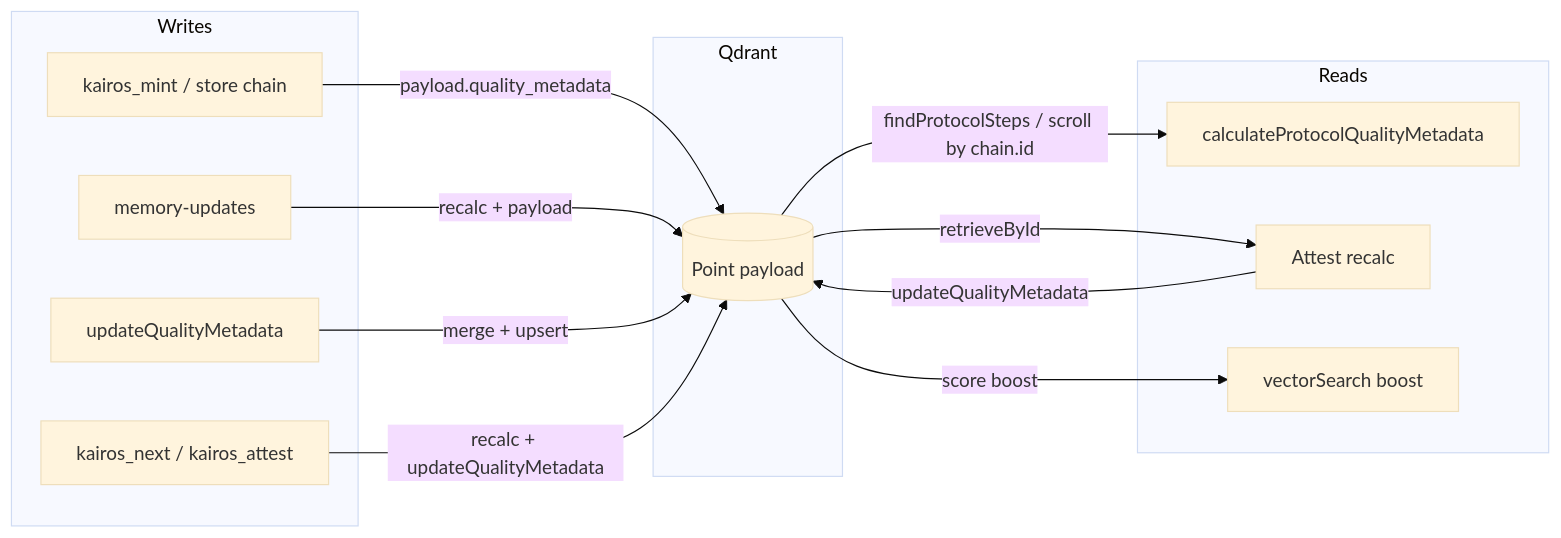
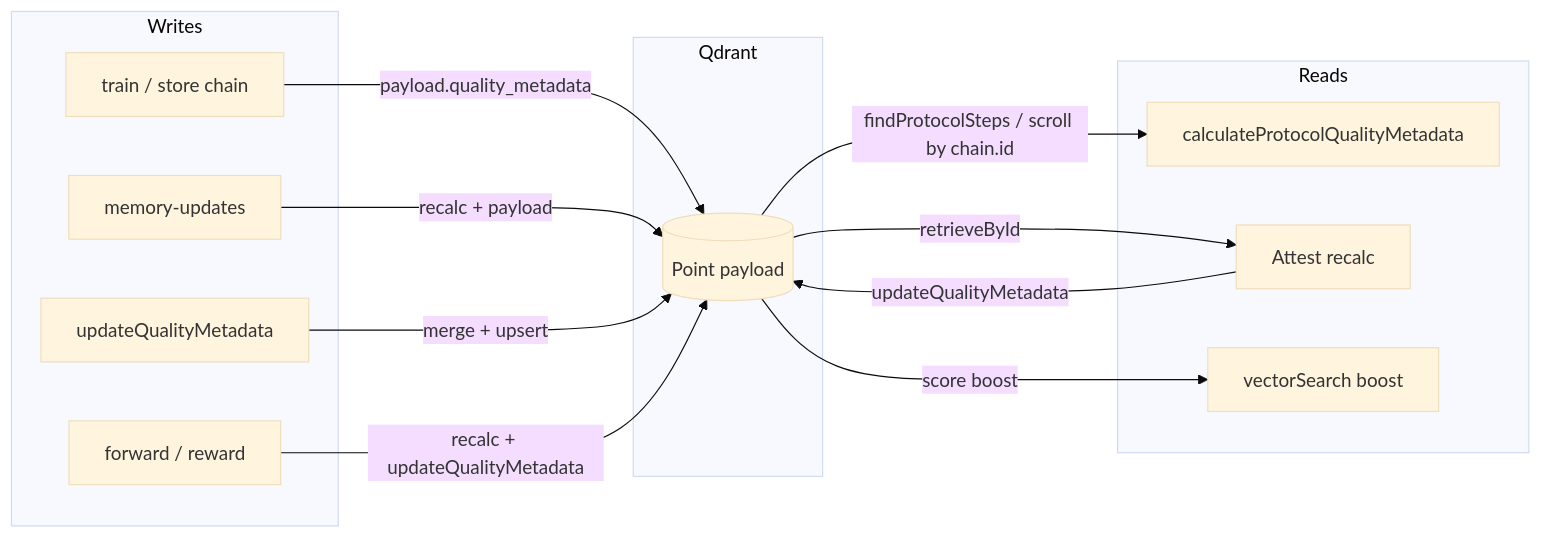
Before and after one commit to debian777/kairos-mcp: the diagram in docs/architecture/quality-metadata.md, drawn with Mermaid (base theme). The commit also changed other lines of this file and 54 other files, not shown here.

````diff
--- a/docs/architecture/quality-metadata.md
+++ b/docs/architecture/quality-metadata.md
@@ -179,29 +179,29 @@
 ```mermaid
 flowchart LR
   subgraph writes["Writes"]
-    A[kairos_mint / store chain]
+    A[train / store chain]
     B[memory-updates]
     C[updateQualityMetadata]
-    D[kairos_next / kairos_attest]
+    D[forward / reward]
   end
 
   subgraph storage["Qdrant"]
     P[(Point payload)]
   end
 
   subgraph reads["Reads"]
     E[calculateProtocolQualityMetadata]
     F[Attest recalc]
     G[vectorSearch boost]
   end
 
   A -->|payload.quality_metadata| P
   B -->|recalc + payload| P
   C -->|merge + upsert| P
   D -->|recalc + updateQualityMetadata| P
 
   P -->|findProtocolSteps / scroll by chain.id| E
   P -->|retrieveById| F
   P -->|score boost| G
   F -->|updateQualityMetadata| P
 ```
````
